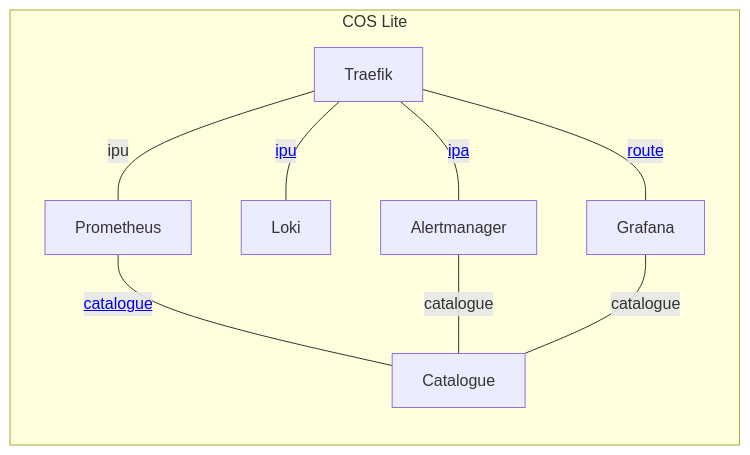
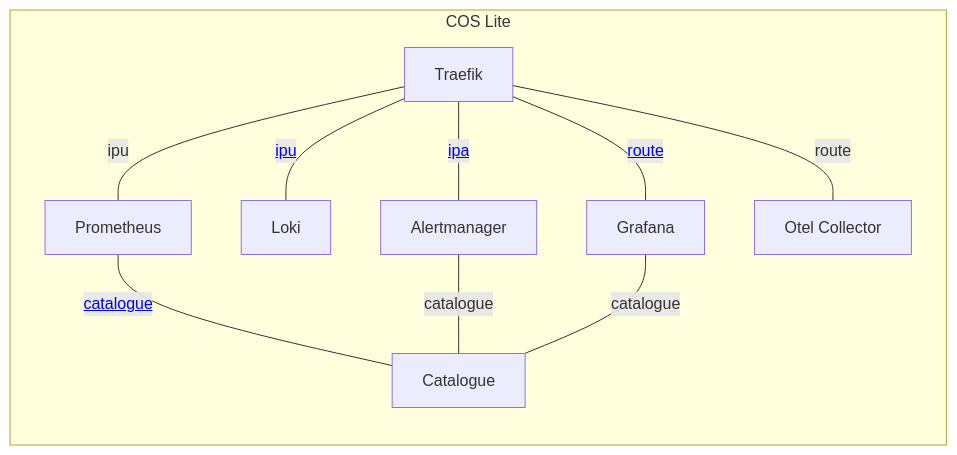
The first of 3 diagrams in docs/explanation/architecture/cos-lite-model-topology.md (canonical/observability-stack), drawn with Mermaid before and after one commit. The commit also changed other lines of this file and 25 other files, not shown here.

````diff
--- a/docs/explanation/architecture/cos-lite-model-topology.md
+++ b/docs/explanation/architecture/cos-lite-model-topology.md
@@ -23,34 +24,38 @@
 ```{mermaid}
 graph LR
 
 subgraph cos_lite["COS Lite"]
 
   alrt[Alertmanager]
   click alrt "https://github.com/canonical/alertmanager-k8s-operator"
 
   graf[Grafana]
   click graf "https://github.com/canonical/grafana-k8s-operator"
 
   prom[Prometheus]
   click prom "https://github.com/canonical/prometheus-k8s-operator"
 
   loki[Loki]
   click loki "https://github.com/canonical/loki-k8s-operator"
 
+  otelcol[Otel Collector]
+  click otelcol "https://github.com/canonical/opentelemetry-collector-k8s-operator"
+
   trfk[Traefik]
   click trfk "https://github.com/canonical/traefik-k8s-operator"
 
   ctlg[Catalogue]
   click ctlg "https://github.com/canonical/catalogue-k8s-operator"
 
   trfk --- |<a href='https://charmhub.io/traefik-k8s/libraries/ingress_per_unit'>ipu</a>| loki
   trfk --- |ipu| prom
   trfk --- |<a href='https://charmhub.io/traefik-route-k8s/libraries/traefik_route'>route</a>| graf
+  trfk --- |route| otelcol
   trfk --- |<a href='https://charmhub.io/traefik-k8s/libraries/ingress'>ipa</a>| alrt
 
   prom --- |<a href='https://charmhub.io/catalogue-k8s/libraries/catalogue'>catalogue</a>| ctlg
   alrt --- |catalogue| ctlg
   graf --- |catalogue| ctlg
 
 end
 ```
````
